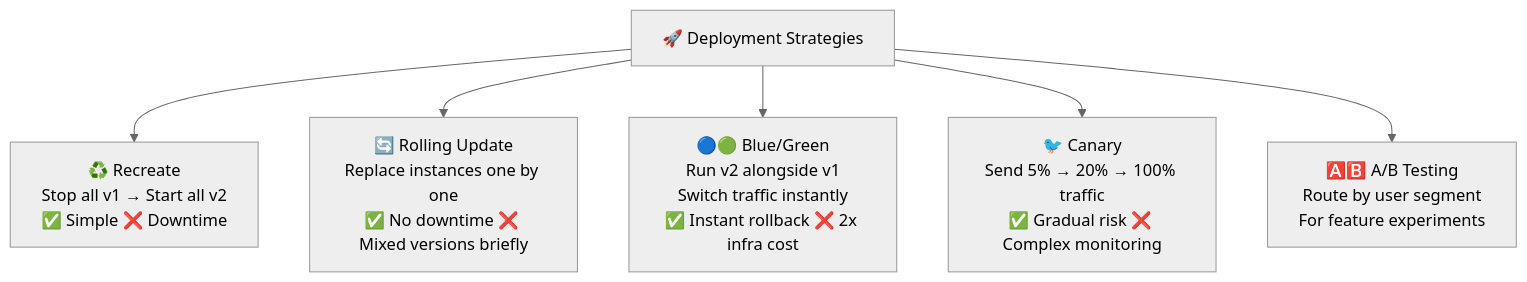
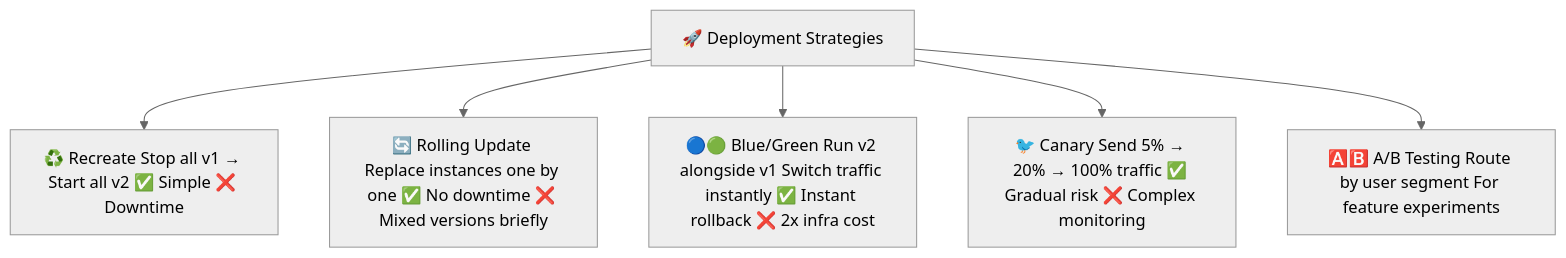
One commit to naveenkumar1661997/notes changed the second of 2 diagrams in cicd.md. Above: the diagram before and after it, drawn with Mermaid (neutral theme). The commit also changed other lines of this file and 12 other files, not shown here.

```diff
--- a/cicd.md
+++ b/cicd.md
@@ -204,10 +204,10 @@
 <pre class="mermaid">
 flowchart TD
     STRAT["🚀 Deployment Strategies"]
 
-    STRAT --> REC["♻️ Recreate\nStop all v1 → Start all v2\n✅ Simple ❌ Downtime"]
-    STRAT --> ROLL["🔄 Rolling Update\nReplace instances one by one\n✅ No downtime ❌ Mixed versions briefly"]
-    STRAT --> BG["🔵🟢 Blue/Green\nRun v2 alongside v1\nSwitch traffic instantly\n✅ Instant rollback ❌ 2x infra cost"]
-    STRAT --> CAN["🐦 Canary\nSend 5% → 20% → 100% traffic\n✅ Gradual risk ❌ Complex monitoring"]
-    STRAT --> AB["🅰️🅱️ A/B Testing\nRoute by user segment\nFor feature experiments"]
+    STRAT --> REC["♻️ Recreate Stop all v1 → Start all v2 ✅ Simple ❌ Downtime"]
+    STRAT --> ROLL["🔄 Rolling Update Replace instances one by one ✅ No downtime ❌ Mixed versions briefly"]
+    STRAT --> BG["🔵🟢 Blue/Green Run v2 alongside v1 Switch traffic instantly ✅ Instant rollback ❌ 2x infra cost"]
+    STRAT --> CAN["🐦 Canary Send 5% → 20% → 100% traffic ✅ Gradual risk ❌ Complex monitoring"]
+    STRAT --> AB["🅰️🅱️ A/B Testing Route by user segment For feature experiments"]
 </pre>
```
